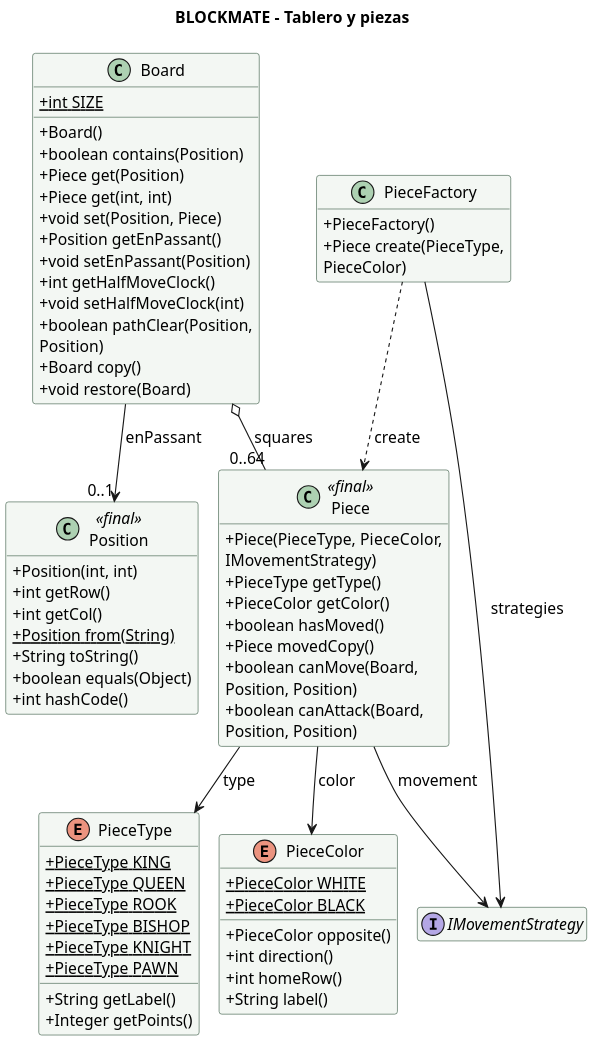
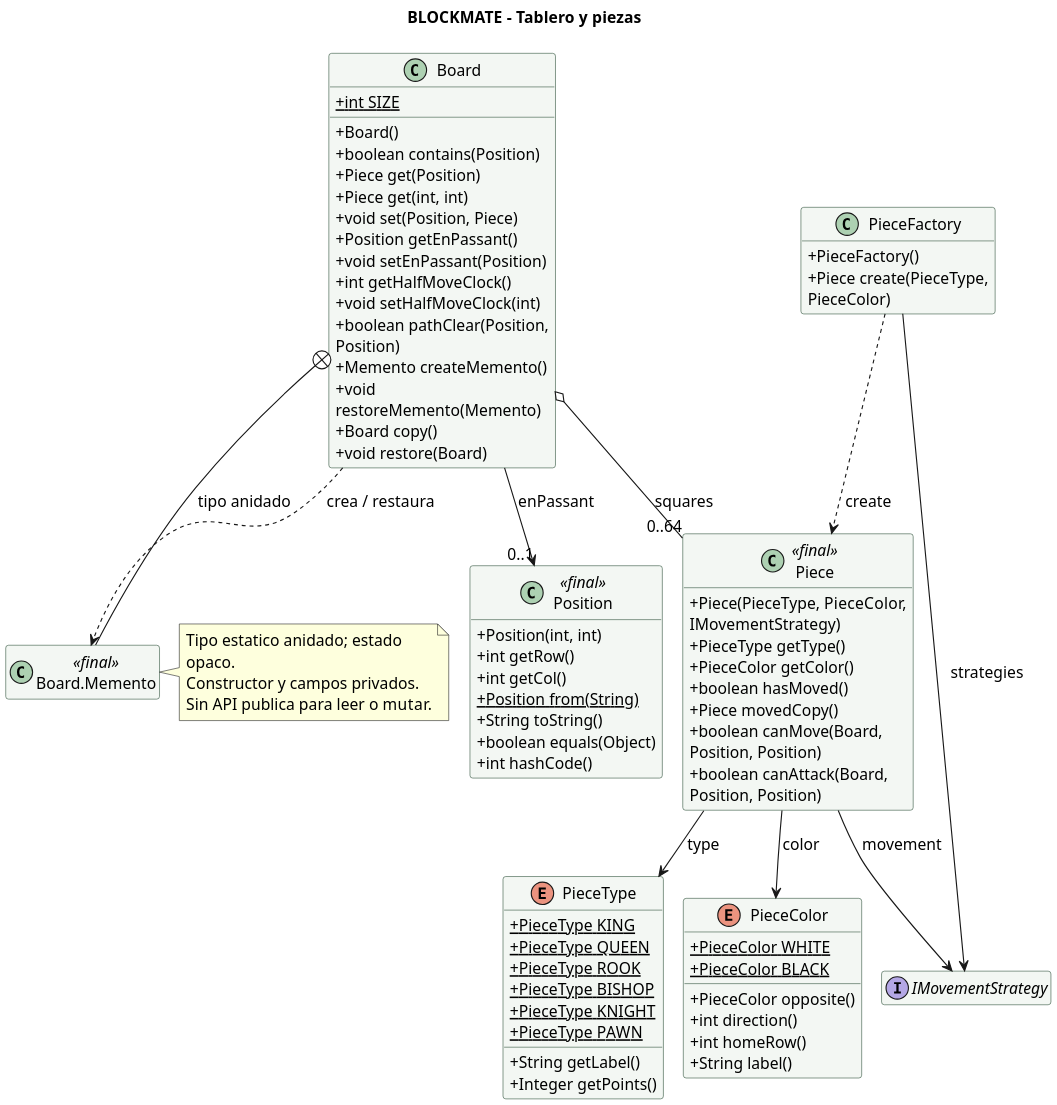
The first of 6 diagrams in docs/UML-Ajedrez-TPO.puml (juligali/Ajedrez-TPO), drawn with PlantUML before and after one commit. The commit also changed other lines of this file and 28 other files, not shown here.

```diff
--- a/docs/UML-Ajedrez-TPO.puml
+++ b/docs/UML-Ajedrez-TPO.puml
@@ -5,76 +5,86 @@
 @startuml UML-Ajedrez-TPO-1
 !pragma layout smetana
 scale 2
 skinparam classAttributeIconSize 0
 skinparam shadowing false
 skinparam defaultFontName Arial
 skinparam defaultFontSize 14
 skinparam wrapWidth 220
 skinparam classBackgroundColor #F3F7F3
 skinparam classBorderColor #284C35
 hide empty members
 title BLOCKMATE - Tablero y piezas
 class Board {
   + {static} int SIZE
   + Board()
   + boolean contains(Position)
   + Piece get(Position)
   + Piece get(int, int)
   + void set(Position, Piece)
   + Position getEnPassant()
   + void setEnPassant(Position)
   + int getHalfMoveClock()
   + void setHalfMoveClock(int)
   + boolean pathClear(Position, Position)
+  + Memento createMemento()
+  + void restoreMemento(Memento)
   + Board copy()
   + void restore(Board)
 }
+class "Board.Memento" as BoardMemento <<final>>
+note right of BoardMemento
+  Tipo estatico anidado; estado opaco.
+  Constructor y campos privados.
+  Sin API publica para leer o mutar.
+end note
+Board +-- BoardMemento : tipo anidado
+Board ..> BoardMemento : crea / restaura
 class Position <<final>> {
   + Position(int, int)
   + int getRow()
   + int getCol()
   + {static} Position from(String)
   + String toString()
   + boolean equals(Object)
   + int hashCode()
 }
 class Piece <<final>> {
   + Piece(PieceType, PieceColor, IMovementStrategy)
   + PieceType getType()
   + PieceColor getColor()
   + boolean hasMoved()
   + Piece movedCopy()
   + boolean canMove(Board, Position, Position)
   + boolean canAttack(Board, Position, Position)
 }
 enum PieceType {
   + {static} PieceType KING
   + {static} PieceType QUEEN
   + {static} PieceType ROOK
   + {static} PieceType BISHOP
   + {static} PieceType KNIGHT
   + {static} PieceType PAWN
   + String getLabel()
   + Integer getPoints()
 }
 enum PieceColor {
   + {static} PieceColor WHITE
   + {static} PieceColor BLACK
   + PieceColor opposite()
   + int direction()
   + int homeRow()
   + String label()
 }
 class PieceFactory {
   + PieceFactory()
   + Piece create(PieceType, PieceColor)
 }
 Board o-- "0..64" Piece : squares
 Board --> "0..1" Position : enPassant
 Piece --> PieceType : type
 Piece --> PieceColor : color
 Piece --> IMovementStrategy : movement
 PieceFactory --> IMovementStrategy : strategies
 PieceFactory ..> Piece : create
 interface IMovementStrategy
 @enduml
```
